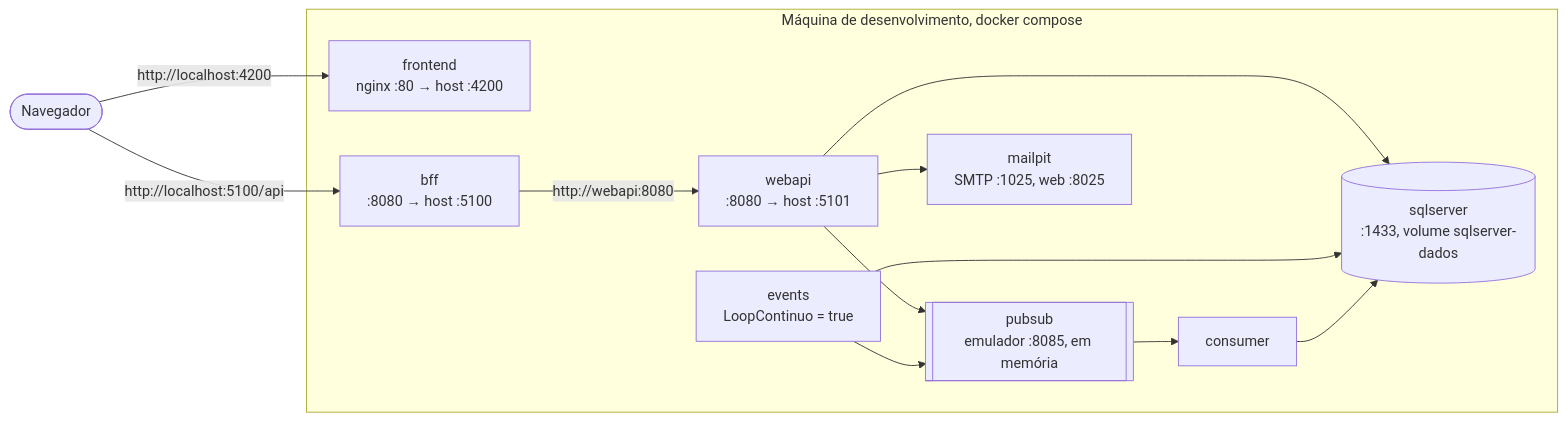
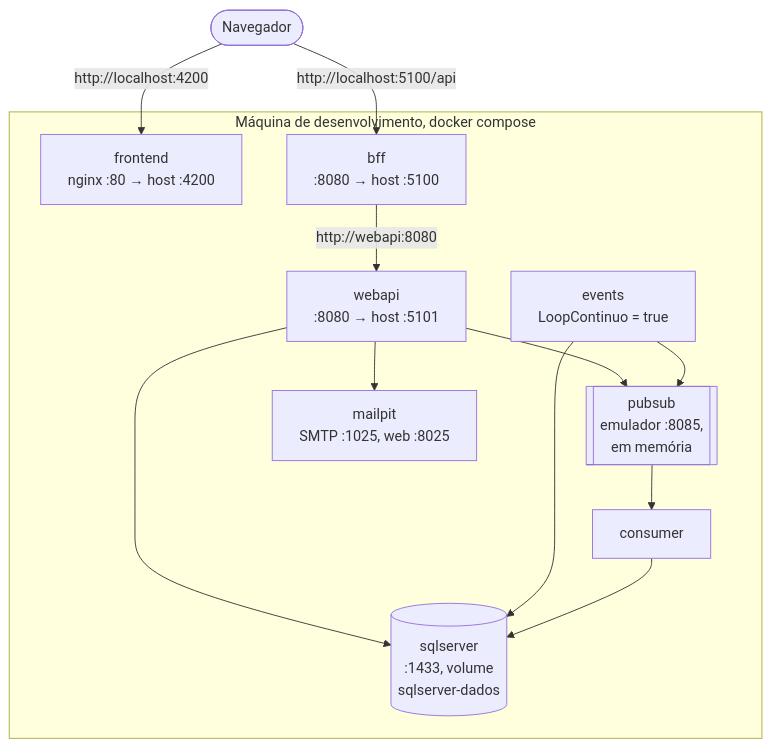
One commit to michellerodrigues/lancamentos-diarios-poc changed the second of 3 diagrams in docs/arquitetura/solucao/07-implantacao-e-infraestrutura.md. Above: the diagram before and after it, drawn with Mermaid. The commit also changed other lines of this file and 45 other files, not shown here.

````diff
--- a/docs/arquitetura/solucao/07-implantacao-e-infraestrutura.md
+++ b/docs/arquitetura/solucao/07-implantacao-e-infraestrutura.md
@@ -29,26 +47,26 @@
 ```mermaid
-flowchart LR
+flowchart TB
     nav(["Navegador"])
 
     subgraph host["Máquina de desenvolvimento, docker compose"]
         front["frontend<br/>nginx :80 → host :4200"]
         bff["bff<br/>:8080 → host :5100"]
         webapi["webapi<br/>:8080 → host :5101"]
         events["events<br/>LoopContinuo = true"]
         consumer["consumer"]
-        sql[("sqlserver<br/>:1433, volume sqlserver-dados")]
-        pubsub[["pubsub<br/>emulador :8085, em memória"]]
+        sql[("sqlserver<br/>:1433, volume<br/>sqlserver-dados")]
+        pubsub[["pubsub<br/>emulador :8085,<br/>em memória"]]
         mailpit["mailpit<br/>SMTP :1025, web :8025"]
     end
 
     nav -->|"http://localhost:4200"| front
     nav -->|"http://localhost:5100/api"| bff
     bff -->|"http://webapi:8080"| webapi
     webapi --> sql
     webapi --> pubsub
     webapi --> mailpit
     events --> sql
     events --> pubsub
     pubsub --> consumer
     consumer --> sql
 ```
````
